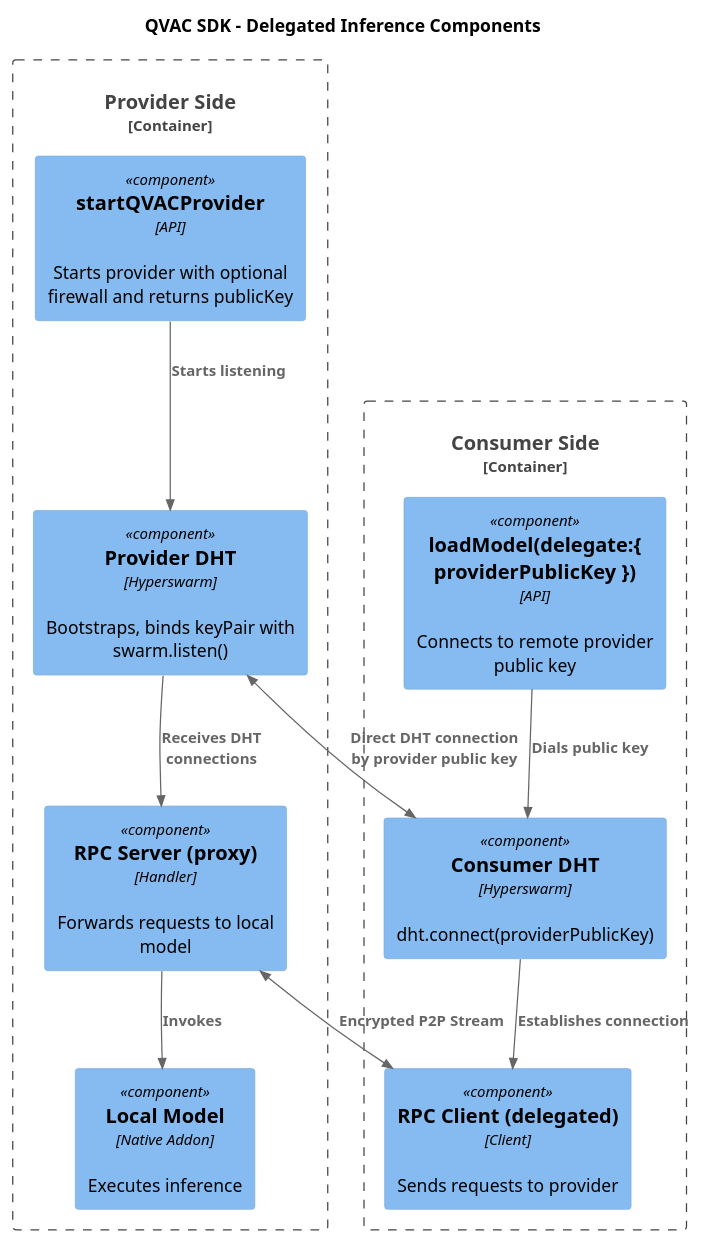
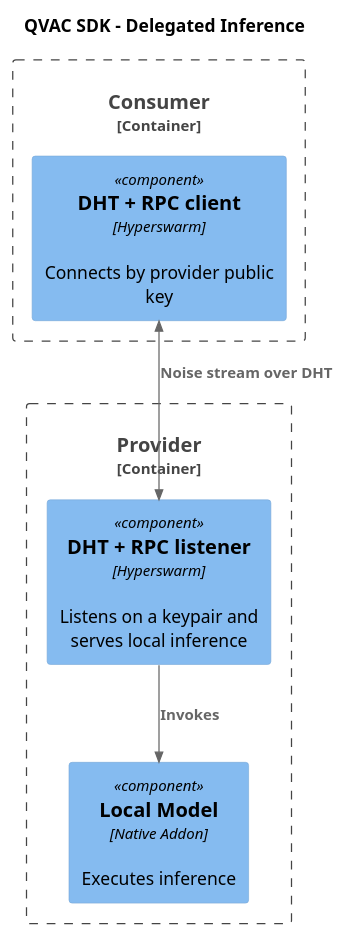
One commit to tetherto/qvac changed the diagram in docs/architecture/puml/09-delegated-inference.puml. Above: the diagram before and after it, drawn with PlantUML. The commit also changed 20 other files, not shown here.

First line of the commit message:
doc[notask]: simplify SDK family architecture diagrams

```diff
--- a/docs/architecture/puml/09-delegated-inference.puml
+++ b/docs/architecture/puml/09-delegated-inference.puml
@@ -1,29 +1,18 @@
 @startuml
 !include <C4/C4_Component>
 
-title QVAC SDK - Delegated Inference Components
+title QVAC SDK - Delegated Inference
 
-Container_Boundary(provider, "Provider Side") {
-    Component(start_provider, "startQVACProvider", "API", "Starts provider with optional firewall and returns publicKey")
-    Component(dht_p, "Provider DHT", "Hyperswarm", "Bootstraps, binds keyPair with swarm.listen()")
-    Component(rpc_proxy, "RPC Server (proxy)", "Handler", "Forwards requests to local model")
+Container_Boundary(provider, "Provider") {
+    Component(listener, "DHT + RPC listener", "Hyperswarm", "Listens on a keypair and serves local inference")
     Component(local_model, "Local Model", "Native Addon", "Executes inference")
 }
 
-Container_Boundary(consumer, "Consumer Side") {
-    Component(load_model, "loadModel(delegate:{ providerPublicKey })", "API", "Connects to remote provider public key")
-    Component(dht_c, "Consumer DHT", "Hyperswarm", "dht.connect(providerPublicKey)")
-    Component(rpc_delegated, "RPC Client (delegated)", "Client", "Sends requests to provider")
+Container_Boundary(consumer, "Consumer") {
+    Component(dialer, "DHT + RPC client", "Hyperswarm", "Connects by provider public key")
 }
 
-Rel(start_provider, dht_p, "Starts listening")
-Rel(dht_p, rpc_proxy, "Receives DHT connections")
-Rel(rpc_proxy, local_model, "Invokes")
-
-Rel(load_model, dht_c, "Dials public key")
-Rel(dht_c, rpc_delegated, "Establishes connection")
-
-BiRel(dht_p, dht_c, "Direct DHT connection by provider public key")
-BiRel(rpc_proxy, rpc_delegated, "Encrypted P2P Stream")
+Rel(listener, local_model, "Invokes")
+BiRel(dialer, listener, "Noise stream over DHT")
 
 @enduml
```
